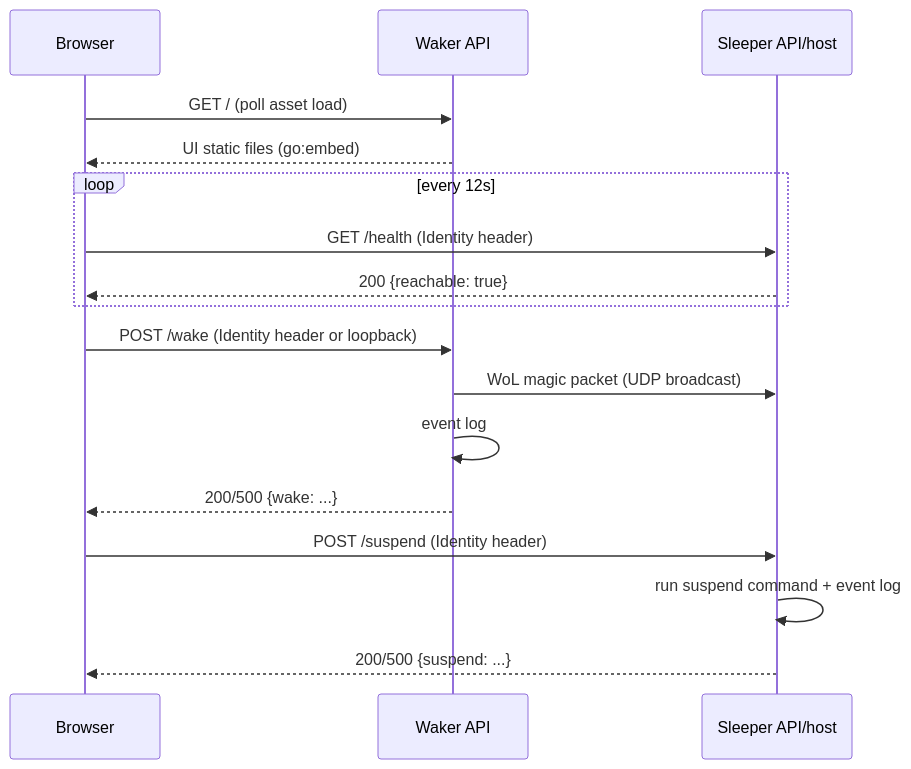
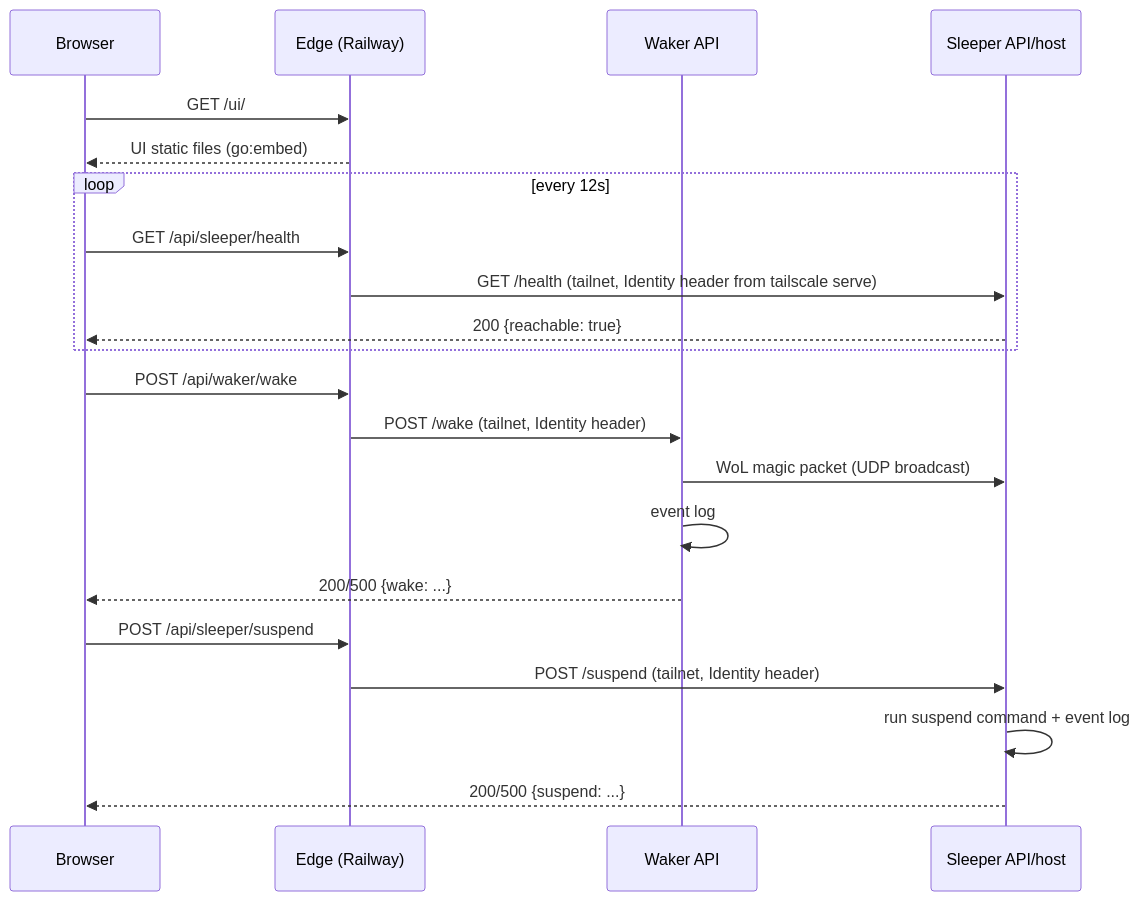
One commit to nikbogman/cloudberry changed the diagram in waker-service/ARCHITECTURE.md. Above: the diagram before and after it, drawn with Mermaid. The commit also changed other lines of this file and 33 other files, not shown here.

First line of the commit message:
feat(edge): add Edge, a public Railway entry point for the UI and APIs

````diff
--- a/waker-service/ARCHITECTURE.md
+++ b/waker-service/ARCHITECTURE.md
@@ -70,23 +71,27 @@
 ```mermaid
 sequenceDiagram
     participant B as Browser
+    participant E as Edge (Railway)
     participant G as Waker API
     participant C as Sleeper API/host
 
-    B->>G: GET / (poll asset load)
-    G-->>B: UI static files (go:embed)
+    B->>E: GET /ui/
+    E-->>B: UI static files (go:embed)
 
     loop every 12s
-        B->>C: GET /health (Identity header)
+        B->>E: GET /api/sleeper/health
+        E->>C: GET /health (tailnet, Identity header from tailscale serve)
         C-->>B: 200 {reachable: true}
     end
 
-    B->>G: POST /wake (Identity header or loopback)
+    B->>E: POST /api/waker/wake
+    E->>G: POST /wake (tailnet, Identity header)
     G->>C: WoL magic packet (UDP broadcast)
     G->>G: event log
     G-->>B: 200/500 {wake: ...}
 
-    B->>C: POST /suspend (Identity header)
+    B->>E: POST /api/sleeper/suspend
+    E->>C: POST /suspend (tailnet, Identity header)
     C->>C: run suspend command + event log
     C-->>B: 200/500 {suspend: ...}
 ```
````
